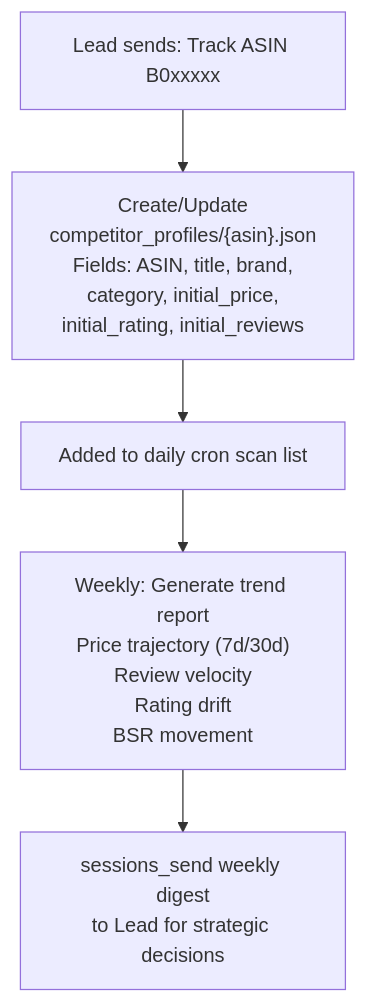
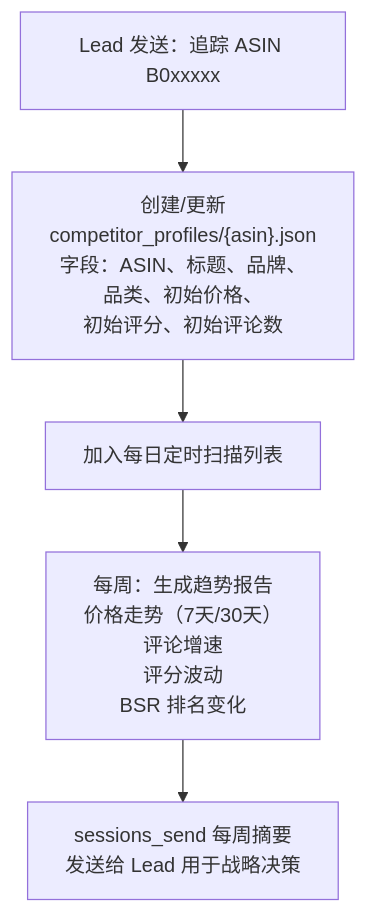
One commit to chan-kinghin/e-commerce-claw changed the fourth of 4 diagrams in plans/PLAN-voc-analyst.md. Above: the diagram before and after it, drawn with Mermaid. The commit also changed other lines of this file and 55 other files, not shown here.

````diff
--- a/plans/PLAN-voc-analyst.md
+++ b/plans/PLAN-voc-analyst.md
@@ -264,7 +262,7 @@
 ```mermaid
 graph TD
-    ADD["Lead sends: Track ASIN B0xxxxx"] --> PROFILE["Create/Update<br/>competitor_profiles/{asin}.json<br/>Fields: ASIN, title, brand,<br/>category, initial_price,<br/>initial_rating, initial_reviews"]
-    PROFILE --> DAILY["Added to daily cron scan list"]
-    DAILY --> TREND["Weekly: Generate trend report<br/>Price trajectory (7d/30d)<br/>Review velocity<br/>Rating drift<br/>BSR movement"]
-    TREND --> SEND_LEAD["sessions_send weekly digest<br/>to Lead for strategic decisions"]
+    ADD["Lead 发送：追踪 ASIN B0xxxxx"] --> PROFILE["创建/更新<br/>competitor_profiles/{asin}.json<br/>字段：ASIN、标题、品牌、<br/>品类、初始价格、<br/>初始评分、初始评论数"]
+    PROFILE --> DAILY["加入每日定时扫描列表"]
+    DAILY --> TREND["每周：生成趋势报告<br/>价格走势（7天/30天）<br/>评论增速<br/>评分波动<br/>BSR 排名变化"]
+    TREND --> SEND_LEAD["sessions_send 每周摘要<br/>发送给 Lead 用于战略决策"]
 ```
````
